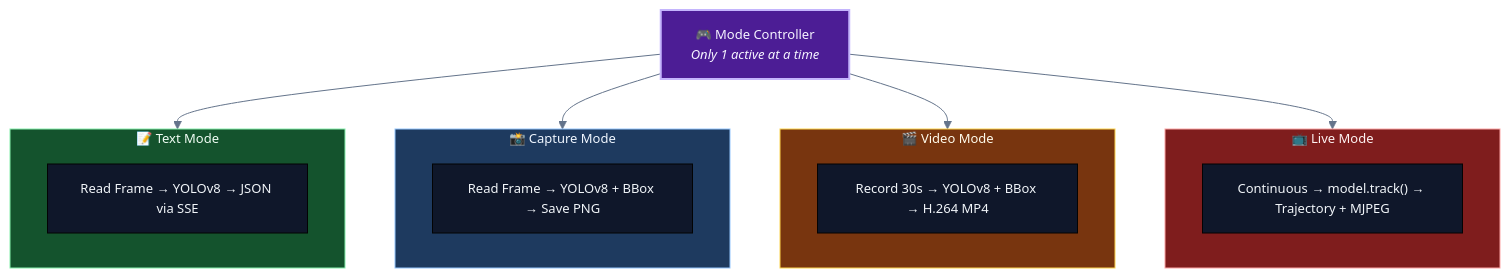
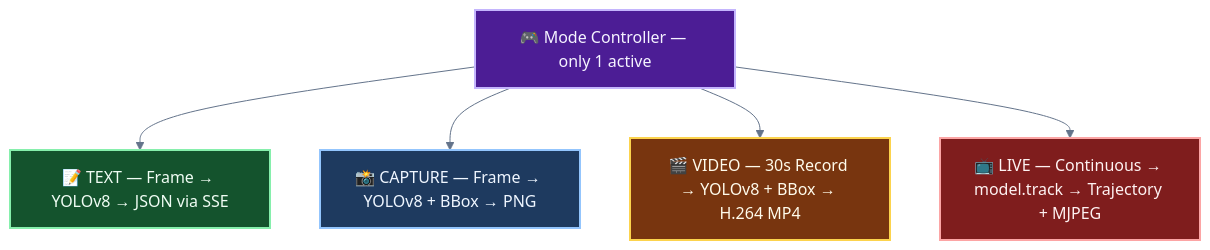
The second of 5 diagrams in README.md (HoangTran1106/cap_B), drawn with Mermaid before and after one commit. The commit also changed other lines of this file, not shown here.

````diff
--- a/README.md
+++ b/README.md
@@ -43,29 +48,16 @@
 ```mermaid
-%%{init: {'theme': 'base', 'themeVariables': {'primaryColor': '#0f172a', 'primaryTextColor': '#f1f5f9', 'lineColor': '#64748b', 'fontSize': '13px'}}}%%
-graph TB
-    CTRL["🎮 Mode Controller<br/><i>Only 1 active at a time</i>"]
+%%{init: {'theme': 'base', 'themeVariables': {'fontSize': '16px', 'primaryColor': '#0f172a', 'primaryTextColor': '#f1f5f9', 'lineColor': '#64748b'}}}%%
+flowchart TB
+    CTRL["🎮 Mode Controller — only 1 active"] --> M1 & M2 & M3 & M4
 
-    CTRL --> M1 & M2 & M3 & M4
-
-    subgraph M1["📝 Text Mode"]
-        T1["Read Frame → YOLOv8 → JSON via SSE"]
-    end
-
-    subgraph M2["📸 Capture Mode"]
-        C1["Read Frame → YOLOv8 + BBox → Save PNG"]
-    end
-
-    subgraph M3["🎬 Video Mode"]
-        V1["Record 30s → YOLOv8 + BBox → H.264 MP4"]
-    end
-
-    subgraph M4["📺 Live Mode"]
-        L1["Continuous → model.track() → Trajectory + MJPEG"]
-    end
+    M1["📝 TEXT — Frame → YOLOv8 → JSON via SSE"]
+    M2["📸 CAPTURE — Frame → YOLOv8 + BBox → PNG"]
+    M3["🎬 VIDEO — 30s Record → YOLOv8 + BBox → H.264 MP4"]
+    M4["📺 LIVE — Continuous → model.track → Trajectory + MJPEG"]
 
     style CTRL fill:#4c1d95,stroke:#c4b5fd,color:#f5f3ff,stroke-width:2px
-    style M1 fill:#14532d,stroke:#86efac,color:#f0fdf4
-    style M2 fill:#1e3a5f,stroke:#93c5fd,color:#eff6ff
-    style M3 fill:#78350f,stroke:#fcd34d,color:#fffbeb
-    style M4 fill:#7f1d1d,stroke:#fca5a5,color:#fef2f2
+    style M1 fill:#14532d,stroke:#86efac,color:#f0fdf4,stroke-width:2px
+    style M2 fill:#1e3a5f,stroke:#93c5fd,color:#eff6ff,stroke-width:2px
+    style M3 fill:#78350f,stroke:#fcd34d,color:#fffbeb,stroke-width:2px
+    style M4 fill:#7f1d1d,stroke:#fca5a5,color:#fef2f2,stroke-width:2px
 ```
````
